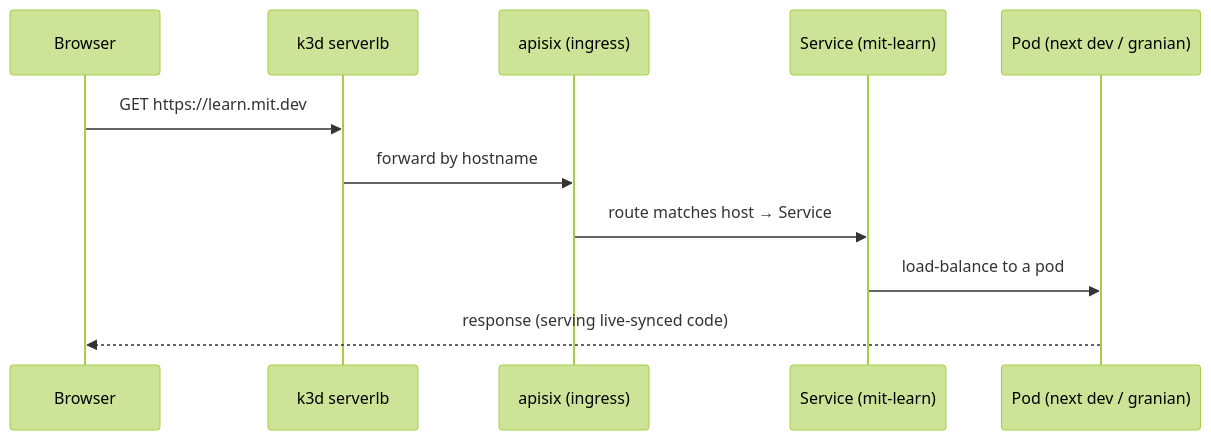
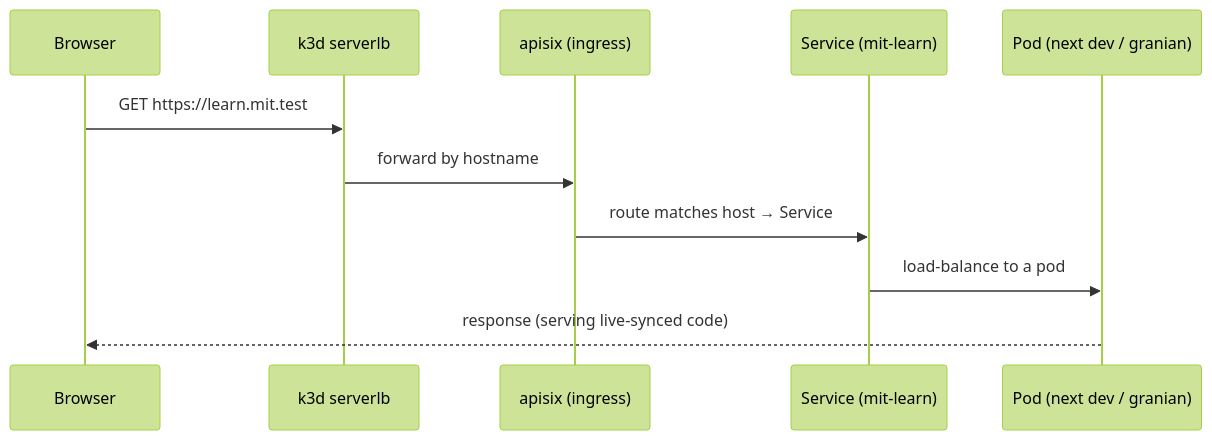
Before and after one commit to mitodl/ol-infrastructure: the second of 3 diagrams in local-dev/ARCHITECTURE.md, drawn with Mermaid (forest theme). The commit also changed other lines of this file and 39 other files, not shown here.

````diff
--- a/local-dev/ARCHITECTURE.md
+++ b/local-dev/ARCHITECTURE.md
@@ -216,14 +216,14 @@
 ```mermaid
 sequenceDiagram
     participant B as Browser
     participant LB as k3d serverlb
     participant AP as apisix (ingress)
     participant SV as Service (mit-learn)
     participant PO as Pod (next dev / granian)
 
-    B->>LB: GET https://learn.mit.dev
+    B->>LB: GET https://learn.mit.test
     LB->>AP: forward by hostname
     AP->>SV: route matches host → Service
     SV->>PO: load-balance to a pod
     PO-->>B: response (serving live-synced code)
 ```
````
